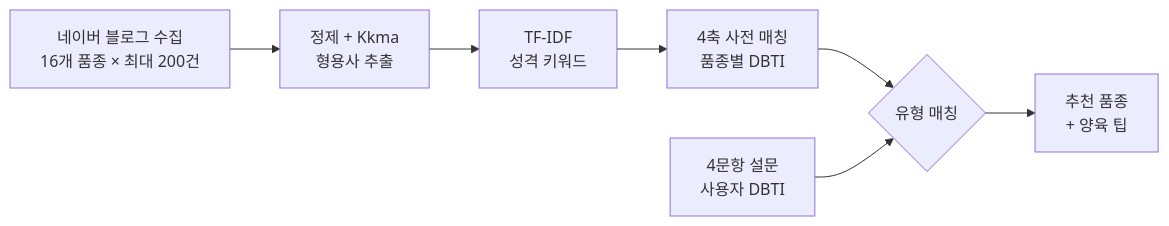
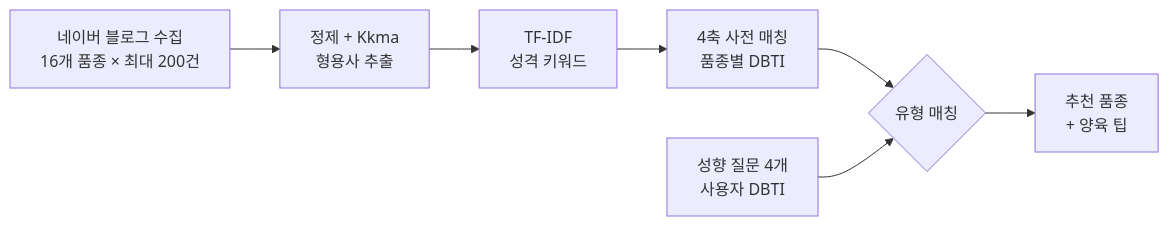
One commit to khwee2000/dog-recommendation-systems changed the diagram in README.md. Above: the diagram before and after it, drawn with Mermaid. The commit also changed other lines of this file, not shown here.

````diff
--- a/README.md
+++ b/README.md
@@ -49,9 +49,9 @@
 ```mermaid
 flowchart LR
     A["네이버 블로그 수집<br/>16개 품종 × 최대 200건"] --> B["정제 + Kkma<br/>형용사 추출"]
     B --> C["TF-IDF<br/>성격 키워드"]
     C --> D["4축 사전 매칭<br/>품종별 DBTI"]
     D --> R{"유형 매칭"}
-    Q["4문항 설문<br/>사용자 DBTI"] --> R
+    Q["성향 질문 4개<br/>사용자 DBTI"] --> R
     R --> S["추천 품종<br/>+ 양육 팁"]
 ```
````
